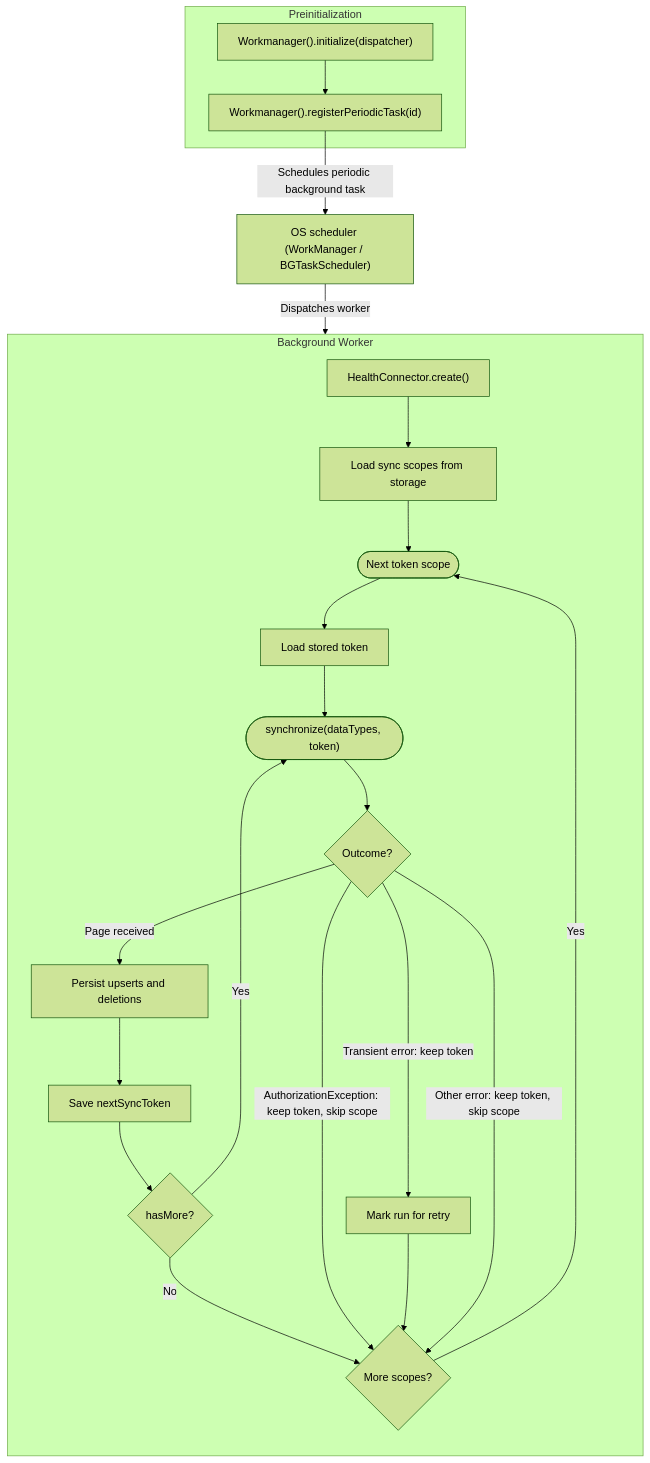
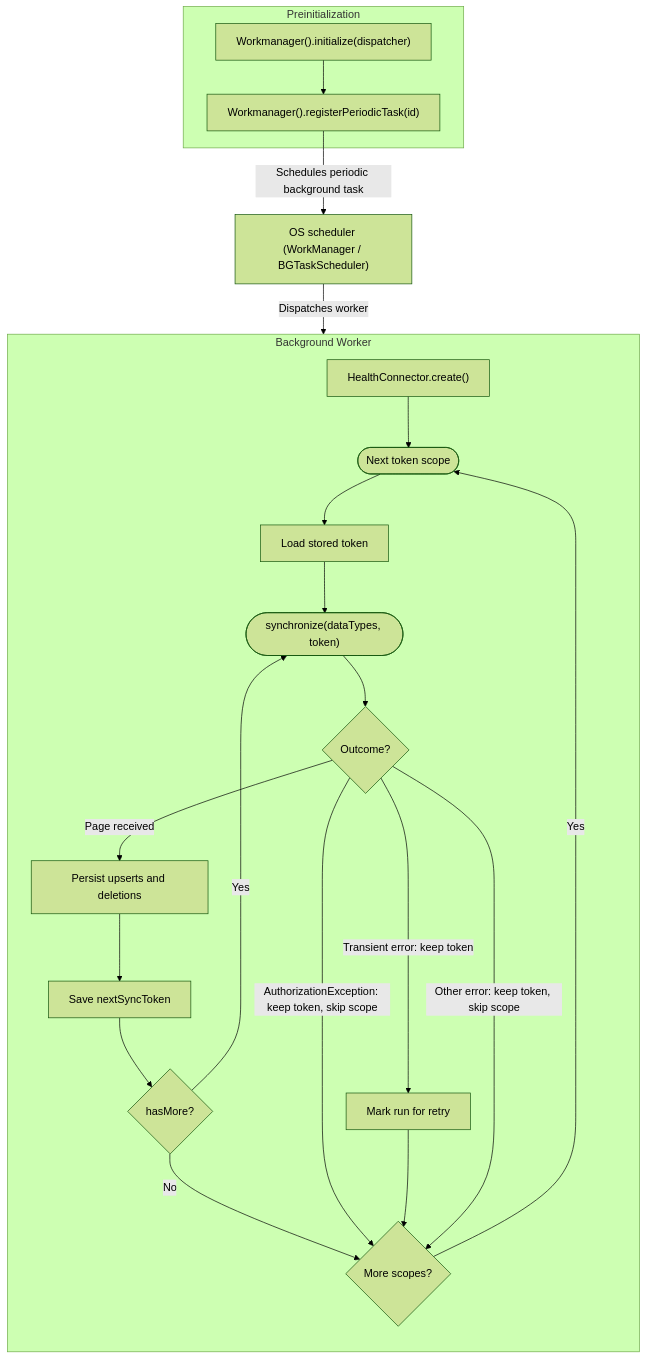
The diagram in docs/guides/incremental-background-data-sync-recipe.md (fam-tung-lam/health_connector), drawn with Mermaid (forest theme) before and after one commit. The commit also changed other lines of this file, not shown here.

First line of the commit message:
docs: simplify background sync recipe with global scopes

````diff
--- a/docs/guides/incremental-background-data-sync-recipe.md
+++ b/docs/guides/incremental-background-data-sync-recipe.md
@@ -65,43 +65,41 @@
 ```mermaid
 flowchart TB
     subgraph UiIsolate["Preinitialization"]
         InitializeWorkmanager["Workmanager().initialize(dispatcher)"]
         RegisterPeriodicTask["Workmanager().registerPeriodicTask(id)"]
     end
 
     OsScheduler["OS scheduler (WorkManager / BGTaskScheduler)"]
 
     subgraph HeadlessIsolate["Background Worker"]
       direction TB
         CreateConnector["HealthConnector.create()"]
-        LoadScopes["Load sync scopes from storage"]
         NextScope(["Next token scope"])
         LoadToken["Load stored token"]
         Synchronize(["synchronize(dataTypes, token)"])
         SyncOutcome{"Outcome?"}
         PersistChanges["Persist upserts and deletions"]
         SaveToken["Save nextSyncToken"]
         HasMore{"hasMore?"}
         MarkRetry["Mark run for retry"]
         MoreScopes{"More scopes?"}
     end
 
     InitializeWorkmanager --> RegisterPeriodicTask
     RegisterPeriodicTask -->|"Schedules periodic background task"| OsScheduler
     OsScheduler -->|"Dispatches worker"| HeadlessIsolate
-    CreateConnector --> LoadScopes
-    LoadScopes --> NextScope
+    CreateConnector --> NextScope
     NextScope --> LoadToken
     LoadToken --> Synchronize
     Synchronize --> SyncOutcome
     SyncOutcome -->|"Page received"| PersistChanges
     PersistChanges --> SaveToken
     SaveToken --> HasMore
     HasMore -->|"Yes"| Synchronize
     HasMore -->|"No"| MoreScopes
     SyncOutcome -->|"AuthorizationException: keep token, skip scope"| MoreScopes
     SyncOutcome -->|"Transient error: keep token"| MarkRetry
     MarkRetry --> MoreScopes
     SyncOutcome -->|"Other error: keep token, skip scope"| MoreScopes
     MoreScopes -->|"Yes"| NextScope
 ```
````
